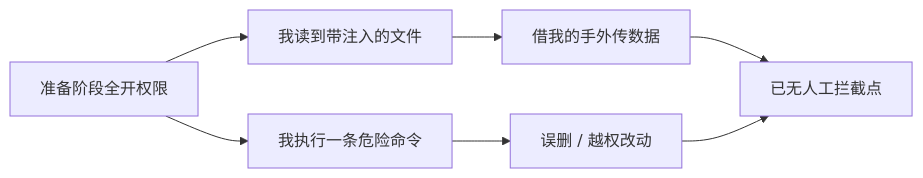
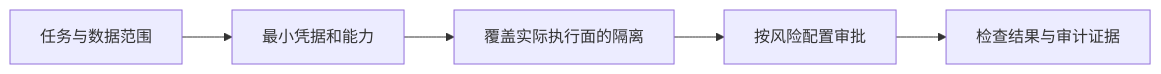
The diagram in docs/00-setup-collaboration/over-permissioning.mdx (XuebinMa/AIWiki), drawn with Mermaid before and after one commit. The commit also changed other lines of this file and 325 other files, not shown here.

````diff
--- a/docs/00-setup-collaboration/over-permissioning.mdx
+++ b/docs/00-setup-collaboration/over-permissioning.mdx
@@ -46,9 +40,7 @@
 ```mermaid
 flowchart LR
-    A[准备阶段全开权限] --> B[我读到带注入的文件]
-    A --> C[我执行一条危险命令]
-    B --> D[借我的手外传数据]
-    C --> E[误删 / 越权改动]
-    D --> F[已无人工拦截点]
-    E --> F
+    A[任务与数据范围] --> B[最小凭据和能力]
+    B --> C[覆盖实际执行面的隔离]
+    C --> D[按风险配置审批]
+    D --> E[检查结果与审计证据]
 ```
````
